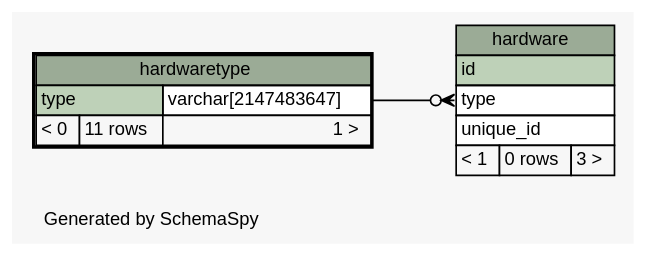
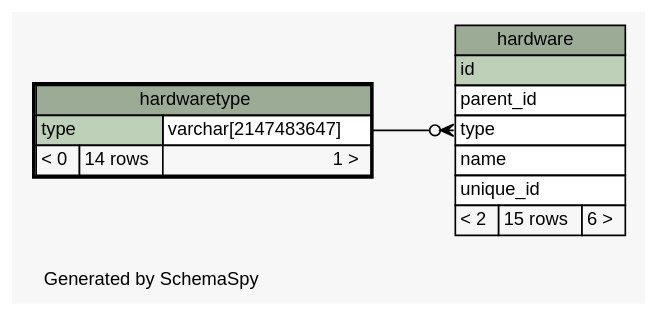
The diagram in database/ss/diagrams/hardwaretype.1degree.dot (tgbugs/mlab), drawn with Graphviz before and after one commit. The commit also changed 204 other files, not shown here.

Commit message:
got the hardware working as a tree, removed explicit amp and headstage classes, updated schemaspy

```diff
--- a/database/ss/diagrams/hardwaretype.1degree.dot
+++ b/database/ss/diagrams/hardwaretype.1degree.dot
@@ -1,45 +1,47 @@
 // dot 2.32.0 on Windows 7 6.1
 // SchemaSpy rev 590
 digraph "oneDegreeRelationshipsDiagram" {
   graph [
     rankdir="RL"
     bgcolor="#f7f7f7"
     label="\nGenerated by SchemaSpy"
     labeljust="l"
     nodesep="0.18"
     ranksep="0.46"
     fontname="Helvetica"
     fontsize="11"
   ];
   node [
     fontname="Helvetica"
     fontsize="11"
     shape="plaintext"
   ];
   edge [
     arrowsize="0.8"
   ];
   "hardware":"type":w -> "hardwaretype":"type.type":e [arrowhead=none dir=back arrowtail=crowodot];
   "hardware" [
     label=<
     <TABLE BORDER="0" CELLBORDER="1" CELLSPACING="0" BGCOLOR="#ffffff">
       <TR><TD COLSPAN="3" BGCOLOR="#9bab96" ALIGN="CENTER">hardware</TD></TR>
       <TR><TD PORT="id" COLSPAN="3" BGCOLOR="#bed1b8" ALIGN="LEFT">id</TD></TR>
+      <TR><TD PORT="parent_id" COLSPAN="3" ALIGN="LEFT">parent_id</TD></TR>
       <TR><TD PORT="type" COLSPAN="3" ALIGN="LEFT">type</TD></TR>
+      <TR><TD PORT="name" COLSPAN="3" ALIGN="LEFT">name</TD></TR>
       <TR><TD PORT="unique_id" COLSPAN="3" ALIGN="LEFT">unique_id</TD></TR>
-      <TR><TD ALIGN="LEFT" BGCOLOR="#f7f7f7">&lt; 1</TD><TD ALIGN="RIGHT" BGCOLOR="#f7f7f7">0 rows</TD><TD ALIGN="RIGHT" BGCOLOR="#f7f7f7">3 &gt;</TD></TR>
+      <TR><TD ALIGN="LEFT" BGCOLOR="#f7f7f7">&lt; 2</TD><TD ALIGN="RIGHT" BGCOLOR="#f7f7f7">15 rows</TD><TD ALIGN="RIGHT" BGCOLOR="#f7f7f7">6 &gt;</TD></TR>
     </TABLE>>
     URL="hardware.html"
     tooltip="hardware"
   ];
   "hardwaretype" [
     label=<
     <TABLE BORDER="2" CELLBORDER="1" CELLSPACING="0" BGCOLOR="#ffffff">
       <TR><TD COLSPAN="3" BGCOLOR="#9bab96" ALIGN="CENTER">hardwaretype</TD></TR>
       <TR><TD PORT="type" COLSPAN="2" BGCOLOR="#bed1b8" ALIGN="LEFT">type</TD><TD PORT="type.type" ALIGN="LEFT">varchar[2147483647]</TD></TR>
-      <TR><TD ALIGN="LEFT" BGCOLOR="#f7f7f7">&lt; 0</TD><TD ALIGN="RIGHT" BGCOLOR="#f7f7f7">11 rows</TD><TD ALIGN="RIGHT" BGCOLOR="#f7f7f7">1 &gt;</TD></TR>
+      <TR><TD ALIGN="LEFT" BGCOLOR="#f7f7f7">&lt; 0</TD><TD ALIGN="RIGHT" BGCOLOR="#f7f7f7">14 rows</TD><TD ALIGN="RIGHT" BGCOLOR="#f7f7f7">1 &gt;</TD></TR>
     </TABLE>>
     URL="hardwaretype.html"
     tooltip="hardwaretype"
   ];
 }
```
